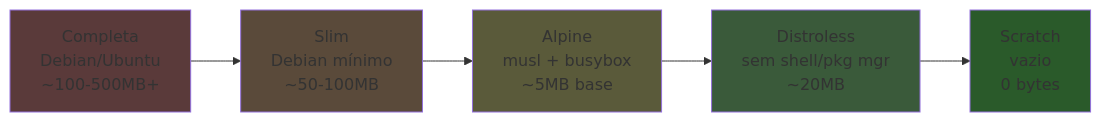
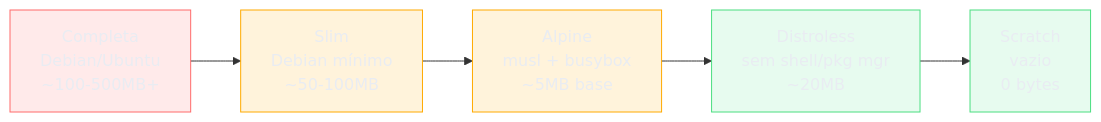
Before and after one commit to josenaldo/codex-technomanticus: the second of 2 diagrams in 03-Dominios/Tecnologia/Infraestrutura/Docker/09 - Multi-stage e imagens mínimas.md, drawn with Mermaid. The commit also changed other lines of this file and 1181 other files, not shown here.

First line of the commit message:
fix(diagramas): paleta do sistema no lugar de cor cravada no markdown

````diff
--- a/03-Dominios/Tecnologia/Infraestrutura/Docker/09 - Multi-stage e imagens mínimas.md
+++ b/03-Dominios/Tecnologia/Infraestrutura/Docker/09 - Multi-stage e imagens mínimas.md
@@ -144,13 +146,16 @@
 ```mermaid
 graph LR
+    classDef falha fill:#FF6B6B24,stroke:#FF6B6B,color:#E9ECF2
+    classDef destaque fill:#FFAA0024,stroke:#FFAA00,color:#E9ECF2
+    classDef ok fill:#4ADE8021,stroke:#4ADE80,color:#E9ECF2
     A["Completa<br/>Debian/Ubuntu<br/>~100-500MB+"] --> B["Slim<br/>Debian mínimo<br/>~50-100MB"]
     B --> C["Alpine<br/>musl + busybox<br/>~5MB base"]
     C --> D["Distroless<br/>sem shell/pkg mgr<br/>~20MB"]
     D --> E["Scratch<br/>vazio<br/>0 bytes"]
 
-    style A fill:#5a3a3a
-    style B fill:#5a4a3a
-    style C fill:#5a5a3a
-    style D fill:#3a5a3a
-    style E fill:#2a5a2a
+    class A falha
+    class B destaque
+    class C destaque
+    class D ok
+    class E ok
 ```
````
